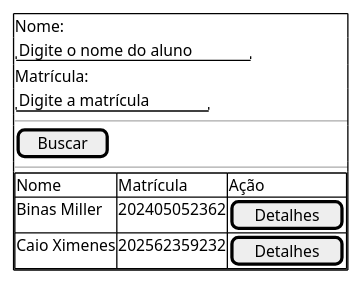
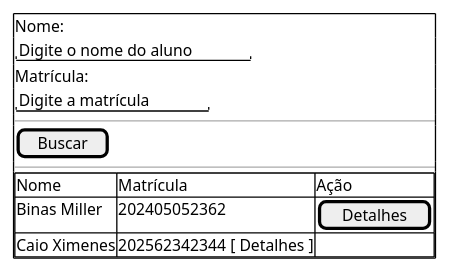
The diagram in docs/assets/Diagramas/src/busca_alunos.puml (Projetos-de-Extensao/PBE_26.1_8002_III), drawn with PlantUML before and after one commit. The commit also changed 2 other files, not shown here.

```diff
--- a/docs/assets/Diagramas/src/busca_alunos.puml
+++ b/docs/assets/Diagramas/src/busca_alunos.puml
@@ -1,16 +1,16 @@
 @startsalt
 {+
   Nome:
   "Digite o nome do aluno"
   Matrícula:
   "Digite a matrícula"
   --
   [ Buscar ]
   --
   {#
     Nome | Matrícula | Ação
     Binas Miller | 202405052362| [ Detalhes ]
-    Caio Ximenes | 202562359232| [ Detalhes ]
+    Caio Ximenes | 202562342344 [ Detalhes ]
   }
 }
 @endsalt
```
